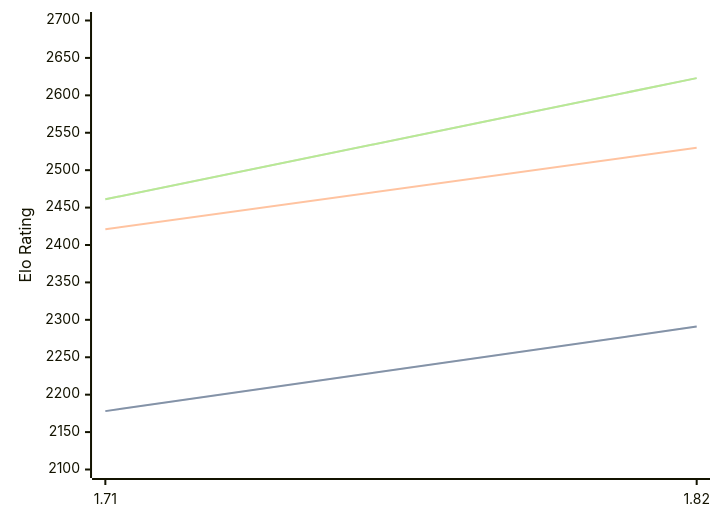
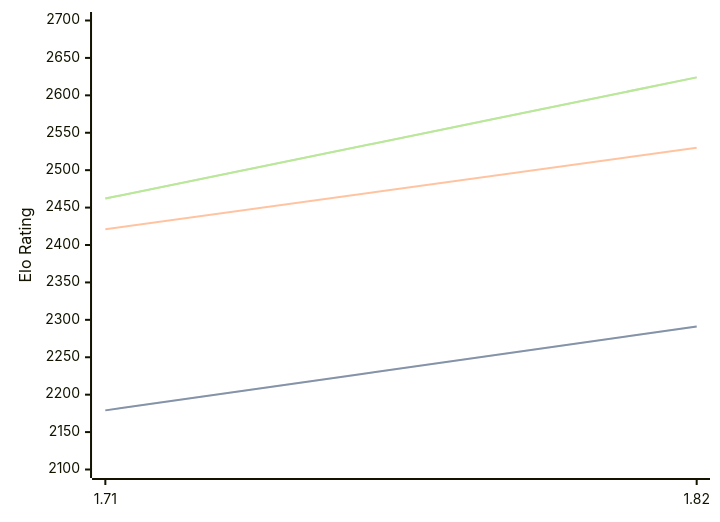
One commit to computer-chess-index/cci changed the third of 3 diagrams in engines/Amira.md. Above: the diagram before and after it, drawn with Mermaid. The commit also changed other lines of this file, not shown here.

Commit message:
Update CCI Ratings (ELO VLTC) - 2026-07-08

````diff
--- a/engines/Amira.md
+++ b/engines/Amira.md
@@ -68,11 +68,11 @@
 ```mermaid
 %%{init: {"theme":"base","themeVariables":{"seriesColors:['#a3a3a3','#222221','#faa371']}}}%%
 xychart-beta
   x-axis ["1.71", "1.82"]
   y-axis "Elo Rating" 2100 --> 2700
-  line "STC (8.0+0.08s)" [2178, 2291]
-  line "STC (8.0+0.08s)" [2178, 2291]
+  line "STC (8.0+0.08s)" [2179, 2291]
+  line "STC (8.0+0.08s)" [2179, 2291]
   line "LTC (60.0+0.60s)" [2421, 2530]
-  line "VLTC (2m24s+1.12s)" [2461, 2623]
-  line "VLTC (2m24s+1.12s)" [2461, 2623]
+  line "VLTC (2m24s+1.12s)" [2462, 2624]
+  line "VLTC (2m24s+1.12s)" [2462, 2624]
 ```
````
